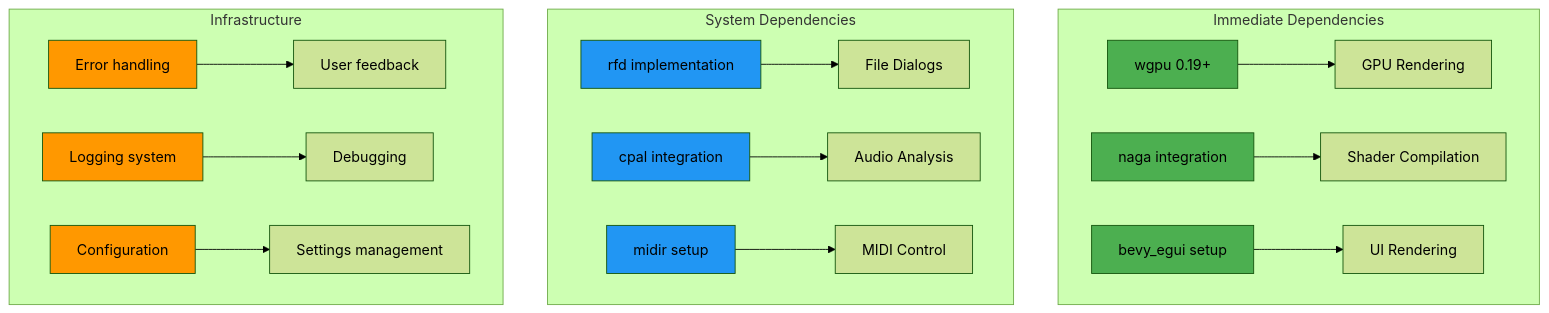
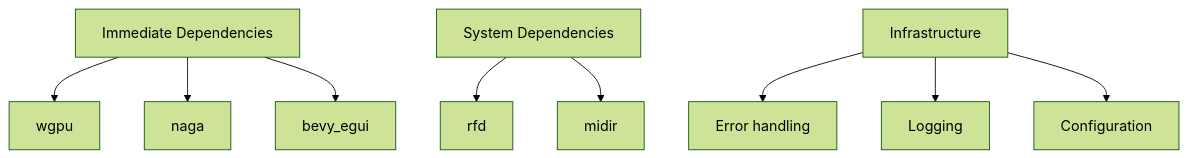
Diagram 11 of 11 in docs/WGSL_Shader_Studio_Technical_Architecture_Current.md (compiling-org/WGSL-Shader-Studio), drawn with Mermaid (forest theme) before and after one commit. The commit also changed other lines of this file and 37 other files, not shown here.

Commit message:
docs: reality-aligned content updates; diagrams unchanged; roadmap fix; systems reference wiring; PRD narrative adjusted; tech-arch reference note

````diff
--- a/docs/WGSL_Shader_Studio_Technical_Architecture_Current.md
+++ b/docs/WGSL_Shader_Studio_Technical_Architecture_Current.md
@@ -331,30 +167,11 @@
 ```mermaid
-graph TD
-    subgraph "Immediate Dependencies"
-        A[wgpu 0.19+] --> B[GPU Rendering]
-        C[naga integration] --> D[Shader Compilation]
-        E[bevy_egui setup] --> F[UI Rendering]
-    end
-    
-    subgraph "System Dependencies"
-        G[rfd implementation] --> H[File Dialogs]
-        I[cpal integration] --> J[Audio Analysis]
-        K[midir setup] --> L[MIDI Control]
-    end
-    
-    subgraph "Infrastructure"
-        M[Error handling] --> N[User feedback]
-        O[Logging system] --> P[Debugging]
-        Q[Configuration] --> R[Settings management]
-    end
-    
-    style A fill:#4caf50
-    style C fill:#4caf50
-    style E fill:#4caf50
-    style G fill:#2196f3
-    style I fill:#2196f3
-    style K fill:#2196f3
-    style M fill:#ff9800
-    style O fill:#ff9800
-    style Q fill:#ff9800
+flowchart TD
+    Immediate[Immediate Dependencies] --> WGPU[wgpu]
+    Immediate --> NAGA[naga]
+    Immediate --> EGUI[bevy_egui]
+    Systems[System Dependencies] --> RFD[rfd]
+    Systems --> MIDIR[midir]
+    Infra[Infrastructure] --> Errors[Error handling]
+    Infra --> Logging[Logging]
+    Infra --> Config[Configuration]
 ```
````
